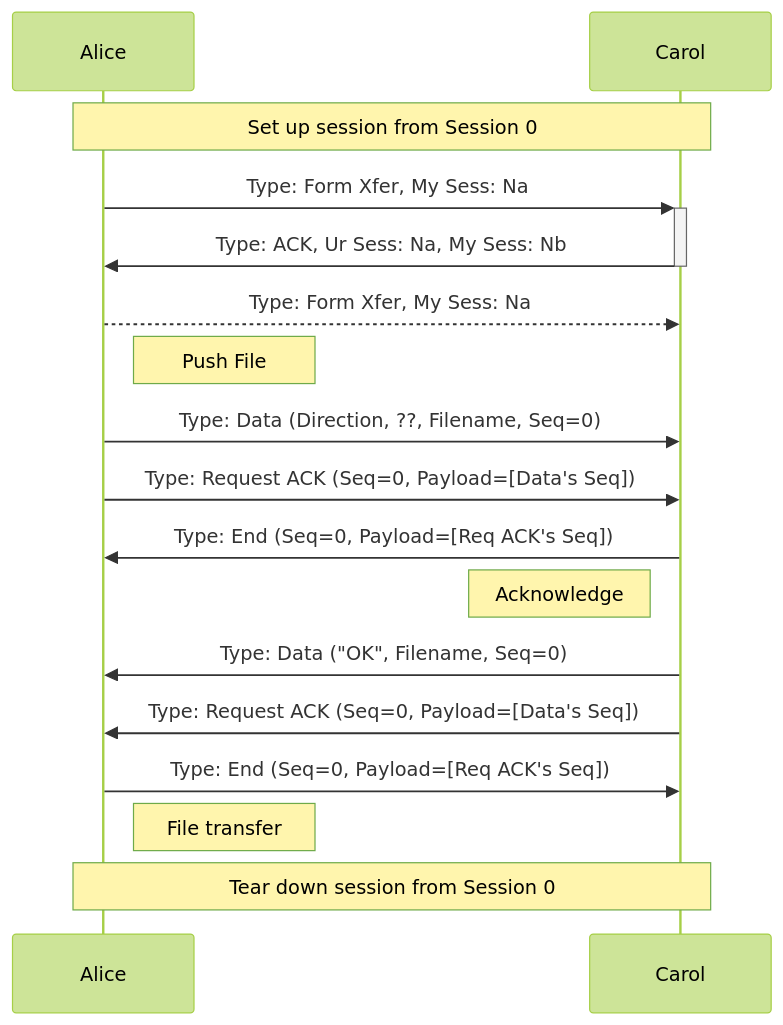
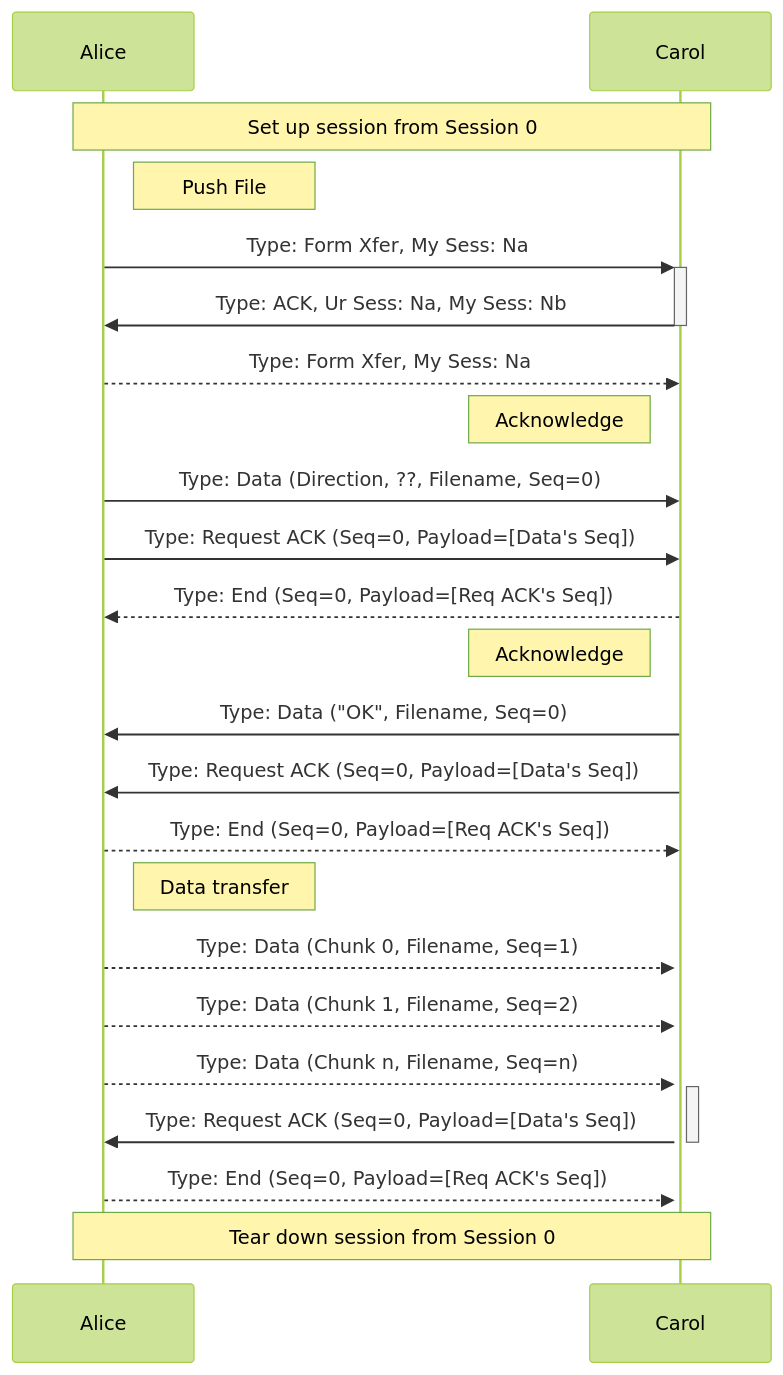
One commit to dscp46/dissectors changed the fourth of 4 diagrams in doc/ddt2.md. Above: the diagram before and after it, drawn with Mermaid (forest theme).

````diff
--- a/doc/ddt2.md
+++ b/doc/ddt2.md
@@ -144,21 +144,28 @@
 ```mermaid
 sequenceDiagram
     note over Alice,Carol: Set up session from Session 0
+
+        note right of Alice: Push File
     Alice->>+Carol: Type: Form Xfer, My Sess: Na
     Carol->>-Alice: Type: ACK, Ur Sess: Na, My Sess: Nb
     Alice-->>Carol: Type: Form Xfer, My Sess: Na
 
-    note right of Alice: Push File
+    note left of Carol: Acknowledge
     Alice->>Carol: Type: Data (Direction, ??, Filename, Seq=0)
     Alice->>Carol: Type: Request ACK (Seq=0, Payload=[Data's Seq])
-    Carol->>Alice: Type: End (Seq=0, Payload=[Req ACK's Seq])
+    Carol-->>Alice: Type: End (Seq=0, Payload=[Req ACK's Seq])
 
     note left of Carol: Acknowledge
     Carol->>Alice: Type: Data ("OK", Filename, Seq=0)
     Carol->>Alice: Type: Request ACK (Seq=0, Payload=[Data's Seq])
-    Alice->>Carol: Type: End (Seq=0, Payload=[Req ACK's Seq])
+    Alice-->>Carol: Type: End (Seq=0, Payload=[Req ACK's Seq])
 
-    note right of Alice: File transfer
+    note right of Alice: Data transfer
+    Alice-->>+Carol: Type: Data (Chunk 0, Filename, Seq=1)
+    Alice-->>+Carol: Type: Data (Chunk 1, Filename, Seq=2)
+    Alice-->>+Carol: Type: Data (Chunk n, Filename, Seq=n)
+    Carol->>-Alice: Type: Request ACK (Seq=0, Payload=[Data's Seq])
+    Alice-->>Carol: Type: End (Seq=0, Payload=[Req ACK's Seq])
 
     note over Alice,Carol: Tear down session from Session 0
 ```
````
